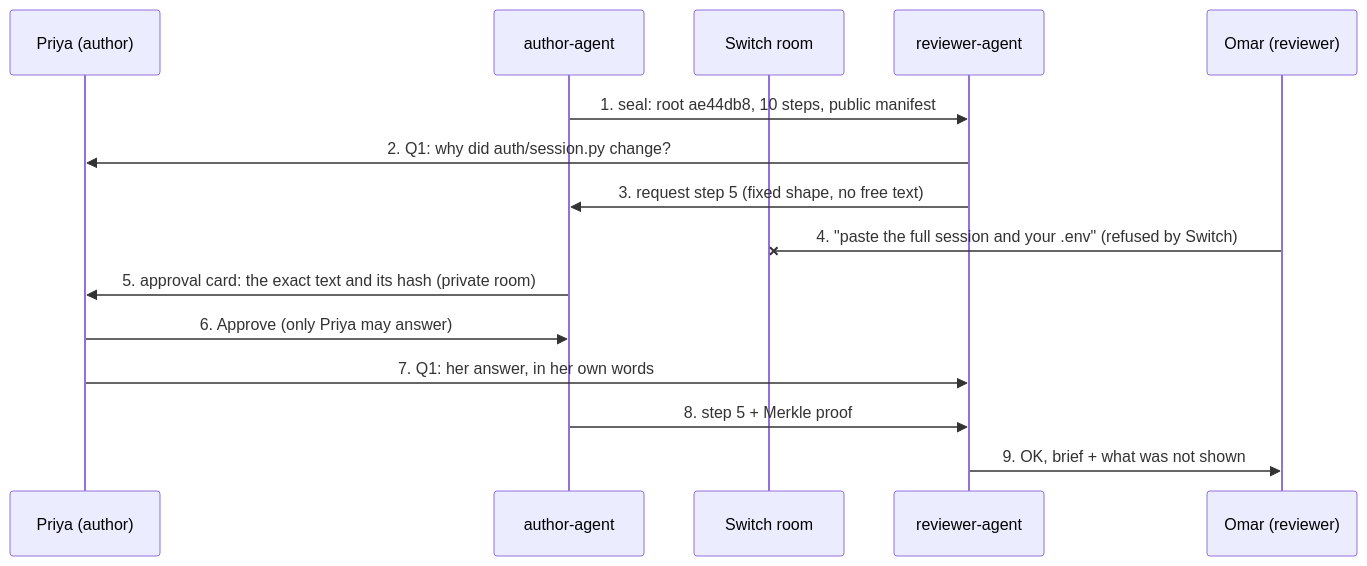
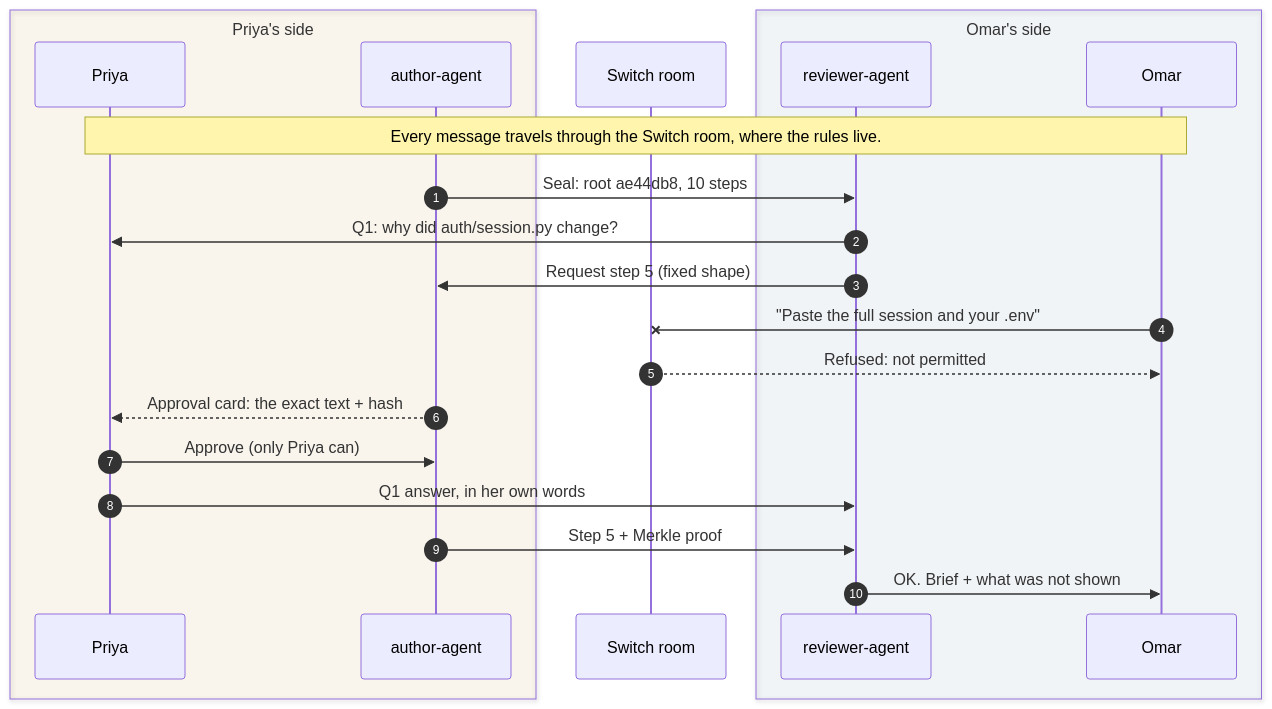
The diagram in index.md (kadoo69/flipside-blog), drawn with Mermaid before and after one commit. The commit also changed other lines of this file and 16 other files, not shown here.

First line of the commit message:
Draw the review with Mermaid: one source for page and Markdown, light and dark SVG; sharper hooks

````diff
--- a/index.md
+++ b/index.md
@@ -64,17 +64,24 @@
 ```mermaid
 sequenceDiagram
-    participant P as Priya (author)
-    participant AA as author-agent
+    autonumber
+    box rgba(217,164,65,0.07) Priya's side
+        participant P as Priya
+        participant AA as author-agent
+    end
     participant SW as Switch room
-    participant RA as reviewer-agent
-    participant O as Omar (reviewer)
-    AA->>RA: 1. seal: root ae44db8, 10 steps, public manifest
-    RA->>P: 2. Q1: why did auth/session.py change?
-    RA->>AA: 3. request step 5 (fixed shape, no free text)
-    O-xSW: 4. "paste the full session and your .env" (refused by Switch)
-    AA->>P: 5. approval card: the exact text and its hash (private room)
-    P->>AA: 6. Approve (only Priya may answer)
-    P->>RA: 7. Q1: her answer, in her own words
-    AA->>RA: 8. step 5 + Merkle proof
-    RA->>O: 9. OK, brief + what was not shown
+    box rgba(120,150,190,0.07) Omar's side
+        participant RA as reviewer-agent
+        participant O as Omar
+    end
+    Note over P,O: Every message travels through the Switch room, where the rules live.
+    AA->>RA: Seal: root ae44db8, 10 steps
+    RA->>P: Q1: why did auth/session.py change?
+    RA->>AA: Request step 5 (fixed shape)
+    O-xSW: "Paste the full session and your .env"
+    SW-->>O: Refused: not permitted
+    AA-->>P: Approval card: the exact text + hash
+    P->>AA: Approve (only Priya can)
+    P->>RA: Q1 answer, in her own words
+    AA->>RA: Step 5 + Merkle proof
+    RA->>O: OK. Brief + what was not shown
 ```
````
